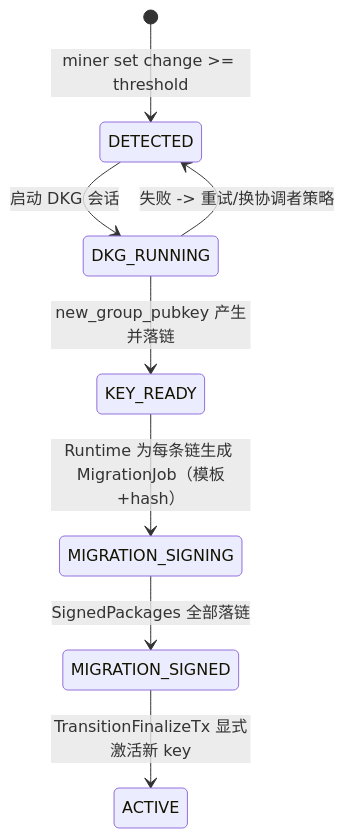
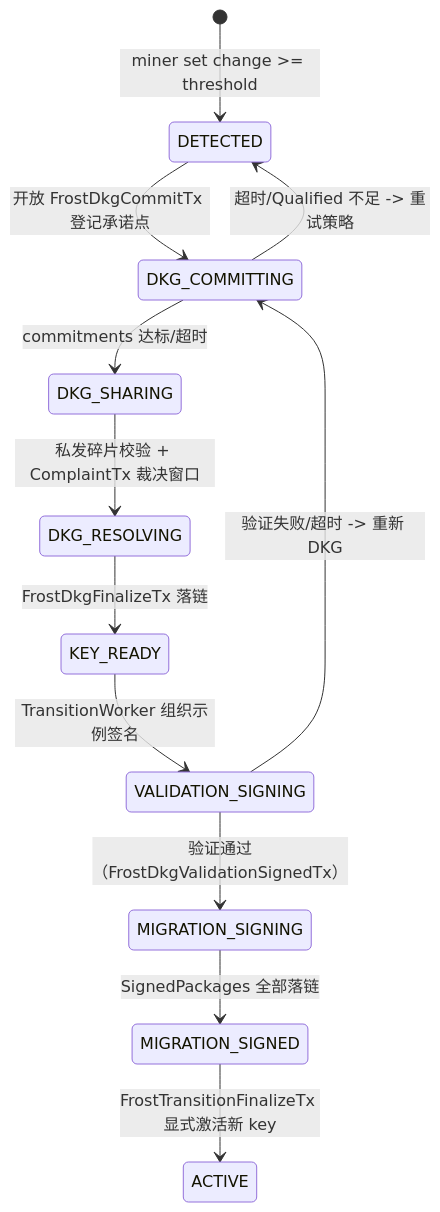
One commit to davidLeeeeeeeeeeee/dex changed the fifth of 7 diagrams in frost/design_v2_job.md. Above: the diagram before and after it, drawn with Mermaid. The commit also changed other lines of this file and 2 other files, not shown here.

````diff
--- a/frost/design_v2_job.md
+++ b/frost/design_v2_job.md
@@ -540,10 +639,14 @@
 ```mermaid
 stateDiagram-v2
   [*] --> DETECTED: miner set change >= threshold
-  DETECTED --> DKG_RUNNING: 启动 DKG 会话
-  DKG_RUNNING --> KEY_READY: new_group_pubkey 产生并落链
-  KEY_READY --> MIGRATION_SIGNING: Runtime 为每条链生成 MigrationJob（模板+hash）
+  DETECTED --> DKG_COMMITTING: 开放 FrostDkgCommitTx 登记承诺点
+  DKG_COMMITTING --> DKG_SHARING: commitments 达标/超时
+  DKG_SHARING --> DKG_RESOLVING: 私发碎片校验 + ComplaintTx 裁决窗口
+  DKG_RESOLVING --> KEY_READY: FrostDkgFinalizeTx 落链
+  KEY_READY --> VALIDATION_SIGNING: TransitionWorker 组织示例签名
+  VALIDATION_SIGNING --> MIGRATION_SIGNING: 验证通过（FrostDkgValidationSignedTx）
+  VALIDATION_SIGNING --> DKG_COMMITTING: 验证失败/超时 -> 重新 DKG
   MIGRATION_SIGNING --> MIGRATION_SIGNED: SignedPackages 全部落链
-  MIGRATION_SIGNED --> ACTIVE: TransitionFinalizeTx 显式激活新 key
-  DKG_RUNNING --> DETECTED: 失败 -> 重试/换协调者策略
+  MIGRATION_SIGNED --> ACTIVE: FrostTransitionFinalizeTx 显式激活新 key
+  DKG_COMMITTING --> DETECTED: 超时/Qualified 不足 -> 重试策略
 ```
````
